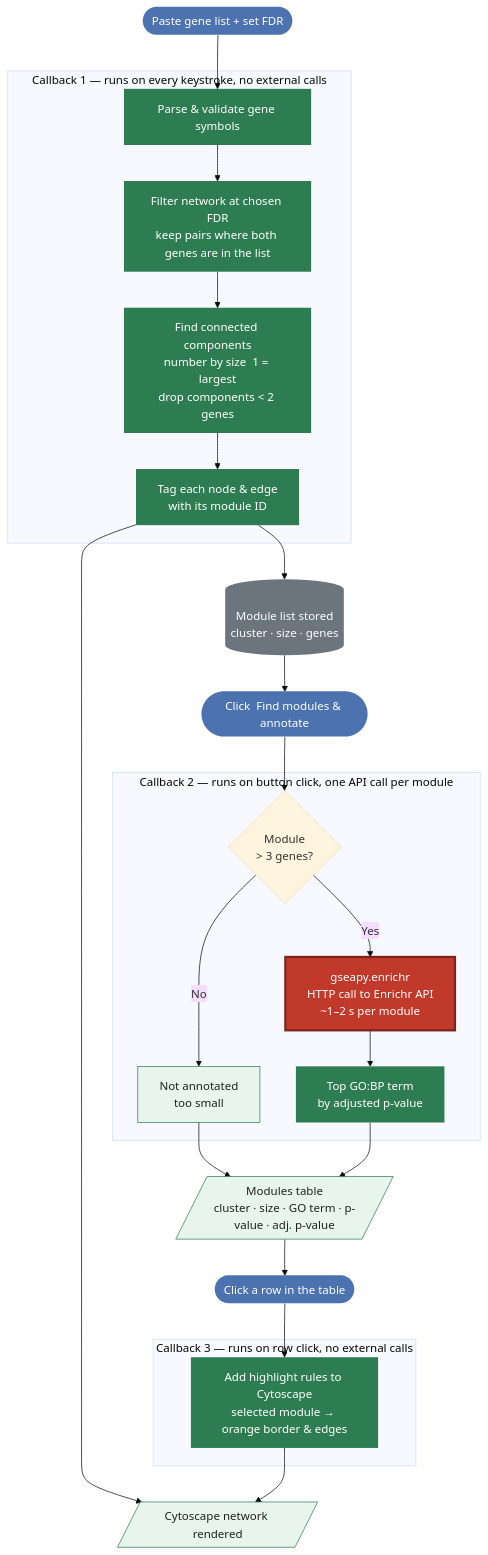
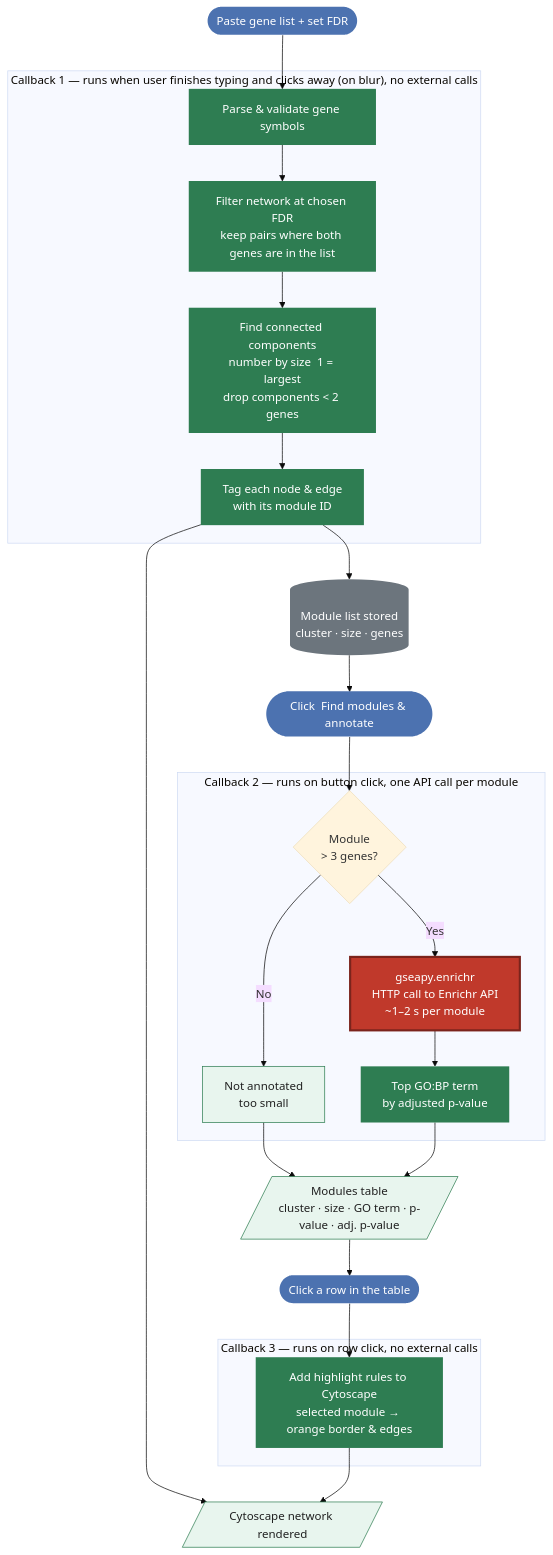
The second of 3 diagrams in coessentiality_feature/documentation/gene_list_workflow.md (EMBL-EBI-ABC/PerturbationCatalogue), drawn with Mermaid (base theme) before and after one commit. The commit also changed other lines of this file and 2 other files, not shown here.

Commit message:
update readme and workflow md

````diff
--- a/coessentiality_feature/documentation/gene_list_workflow.md
+++ b/coessentiality_feature/documentation/gene_list_workflow.md
@@ -30,54 +30,54 @@
 ```mermaid
 flowchart TD
 
 classDef user     fill:#4C72B0,color:#fff,stroke:none,rx:16
 classDef fast     fill:#2E7D52,color:#fff,stroke:none
 classDef problem  fill:#C0392B,color:#fff,stroke:#7B241C,stroke-width:3px
 classDef store    fill:#6C757D,color:#fff,stroke:none
 classDef out      fill:#E8F5EE,color:#212121,stroke:#2E7D52
 
 A([Paste gene list + set FDR]):::user
 
-subgraph CB1["Callback 1 — runs on every keystroke, no external calls"]
+subgraph CB1["Callback 1 — runs when user finishes typing and clicks away (on blur), no external calls"]
     B[Parse & validate gene symbols]:::fast
     C[Filter network at chosen FDR\nkeep pairs where both genes are in the list]:::fast
     D[Find connected components\nnumber by size  1 = largest\ndrop components < 2 genes]:::fast
     E[Tag each node & edge\nwith its module ID]:::fast
     B --> C --> D --> E
 end
 
 A --> B
 
 F[/Cytoscape network rendered/]:::out
 G[(Module list stored\ncluster · size · genes)]:::store
 
 E --> F
 E --> G
 
 H([Click  Find modules & annotate]):::user
 G --> H
 
 subgraph CB2["Callback 2 — runs on button click, one API call per module"]
     I{Module\n> 3 genes?}
     J[Not annotated\ntoo small]:::out
     K[gseapy.enrichr\nHTTP call to Enrichr API\n~1–2 s per module]:::problem
     L[Top GO:BP term\nby adjusted p-value]:::fast
     I -- No --> J
     I -- Yes --> K --> L
 end
 
 H --> I
 
 M[/Modules table\ncluster · size · GO term · p-value · adj. p-value/]:::out
 J --> M
 L --> M
 
 N([Click a row in the table]):::user
 M --> N
 
 subgraph CB3["Callback 3 — runs on row click, no external calls"]
     O[Add highlight rules to Cytoscape\nselected module → orange border & edges]:::fast
 end
 
 N --> O --> F
 ```
````
